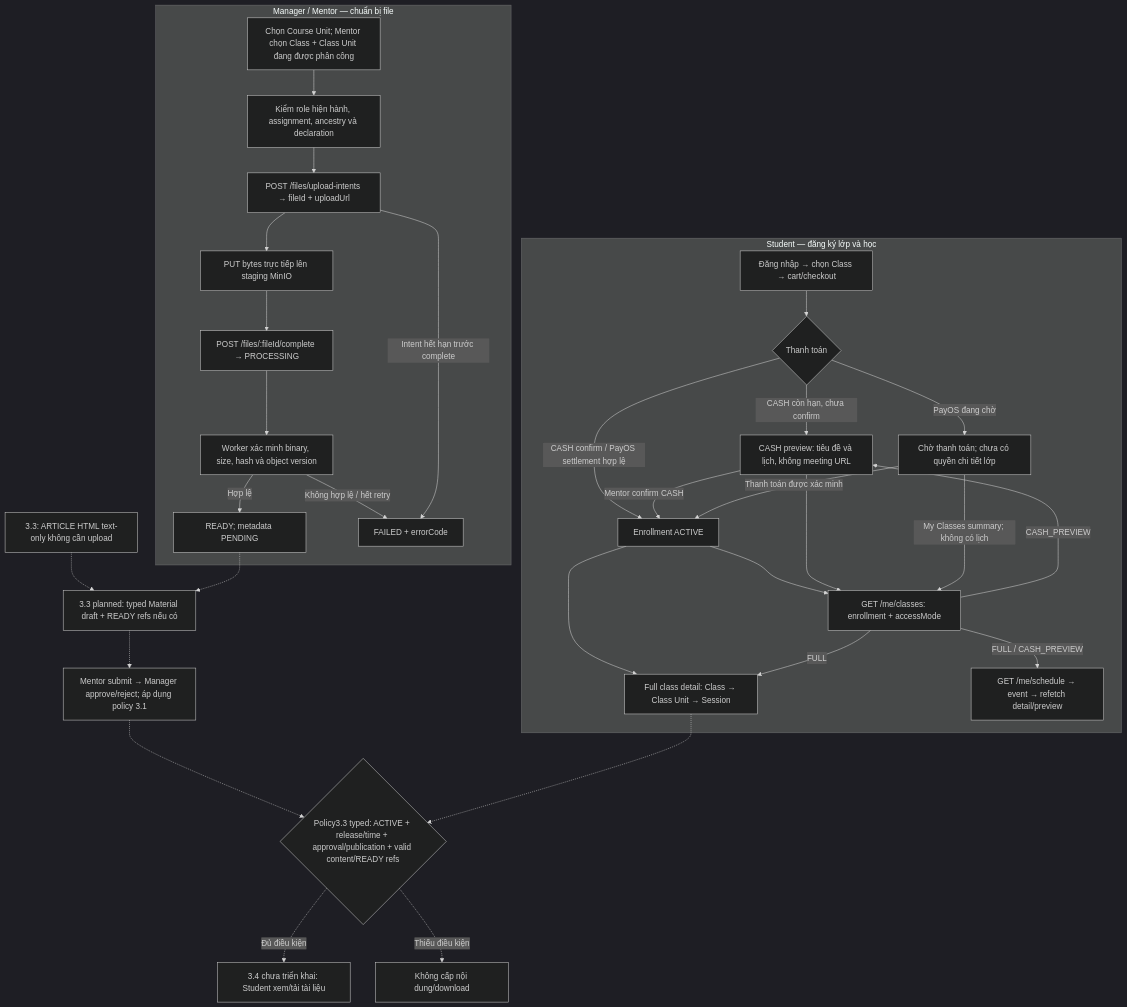
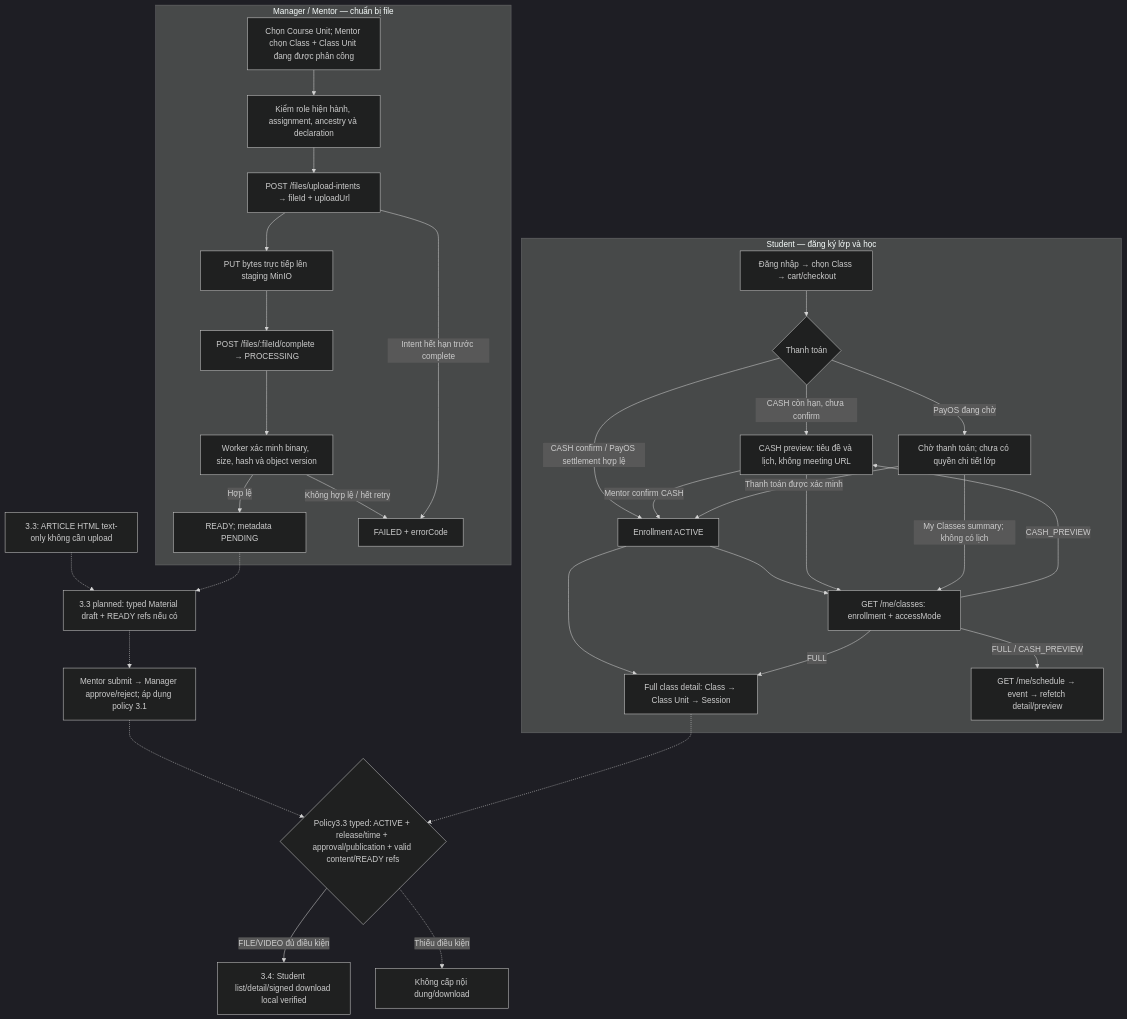
One commit to nhathuyck1/Mindy-BE changed the first of 2 diagrams in docs/api_flow/PHASE_2_3_TO_3_2_FLOW.md. Above: the diagram before and after it, drawn with Mermaid (dark theme). The commit also changed other lines of this file and 60 other files, not shown here.

````diff
--- a/docs/api_flow/PHASE_2_3_TO_3_2_FLOW.md
+++ b/docs/api_flow/PHASE_2_3_TO_3_2_FLOW.md
@@ -37,35 +37,35 @@
 ```mermaid
 flowchart TD
   subgraph STUDENT["Student — đăng ký lớp và học"]
     S["Đăng nhập → chọn Class → cart/checkout"] --> O{"Thanh toán"}
     O -->|"CASH còn hạn, chưa confirm"| CP["CASH preview: tiêu đề và lịch, không meeting URL"]
     O -->|"PayOS đang chờ"| PP["Chờ thanh toán; chưa có quyền chi tiết lớp"]
     O -->|"CASH confirm / PayOS settlement hợp lệ"| EN["Enrollment ACTIVE"]
     EN --> DETAIL["Full class detail: Class → Class Unit → Session"]
     CP -->|"Mentor confirm CASH"| EN
     PP -->|"Thanh toán được xác minh"| EN
     EN --> MY["GET /me/classes: enrollment + accessMode"]
     CP --> MY
     PP -->|"My Classes summary; không có lịch"| MY
     MY -->|FULL| DETAIL
     MY -->|CASH_PREVIEW| CP
     MY -->|"FULL / CASH_PREVIEW"| CAL["GET /me/schedule → event → refetch detail/preview"]
   end
   subgraph AUTHOR["Manager / Mentor — chuẩn bị file"]
     U["Chọn Course Unit; Mentor chọn Class + Class Unit đang được phân công"] --> AUTH["Kiểm role hiện hành, assignment, ancestry và declaration"]
     AUTH --> INT["POST /files/upload-intents → fileId + uploadUrl"]
     INT --> PUT["PUT bytes trực tiếp lên staging MinIO"]
     PUT --> COMPLETE["POST /files/:fileId/complete → PROCESSING"]
     COMPLETE --> WORK["Worker xác minh binary, size, hash và object version"]
     WORK -->|"Hợp lệ"| READY["READY; metadata PENDING"]
     WORK -->|"Không hợp lệ / hết retry"| FAILED["FAILED + errorCode"]
     INT -->|"Intent hết hạn trước complete"| FAILED
   end
   ARTICLE["3.3: ARTICLE HTML text-only không cần upload"] -.-> MAT
   READY -.-> MAT["3.3 planned: typed Material draft + READY refs nếu có"]
   MAT -.-> REVIEW["Mentor submit → Manager approve/reject; áp dụng policy 3.1"]
   REVIEW -.-> GATE{"Policy3.3 typed: ACTIVE + release/time + approval/publication + valid content/READY refs"}
   DETAIL -.-> GATE
-  GATE -.->|"Đủ điều kiện"| READ["3.4 chưa triển khai: Student xem/tải tài liệu"]
+  GATE -->|"FILE/VIDEO đủ điều kiện"| READ["3.4: Student list/detail/signed download local verified"]
   GATE -.->|"Thiếu điều kiện"| DENY["Không cấp nội dung/download"]
 ```
````
